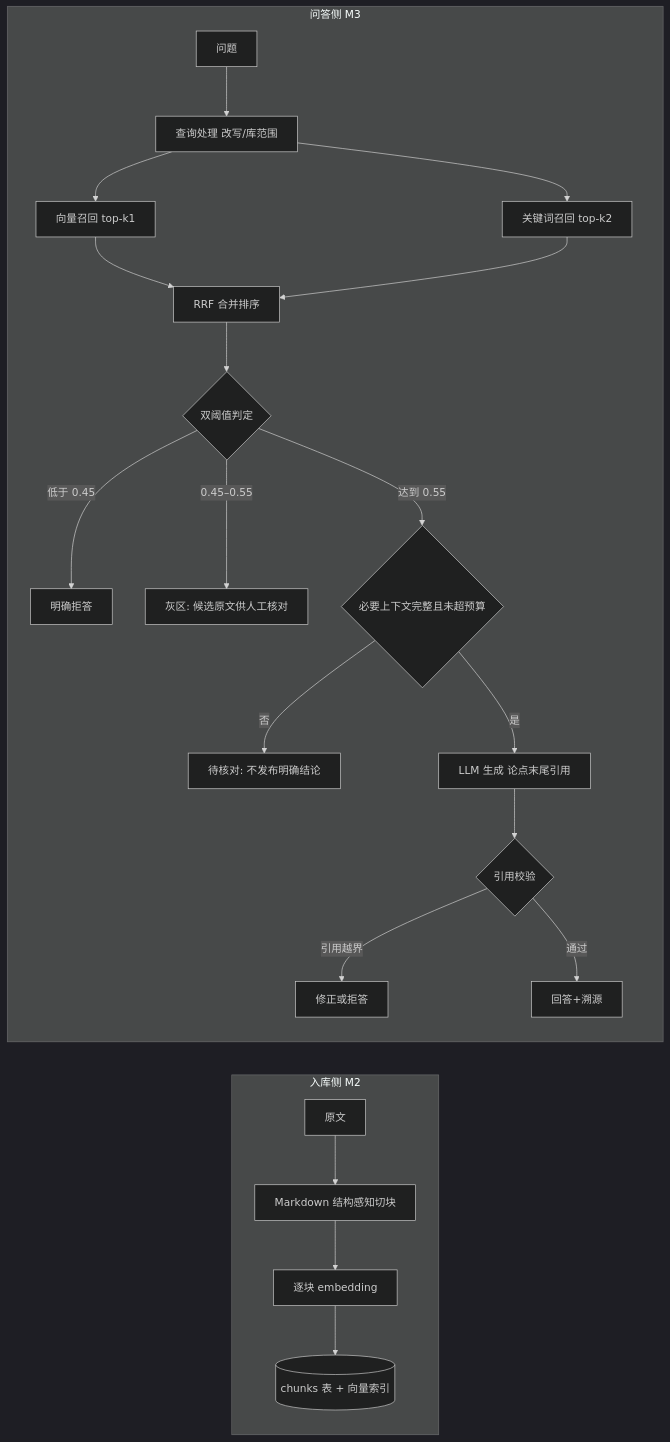
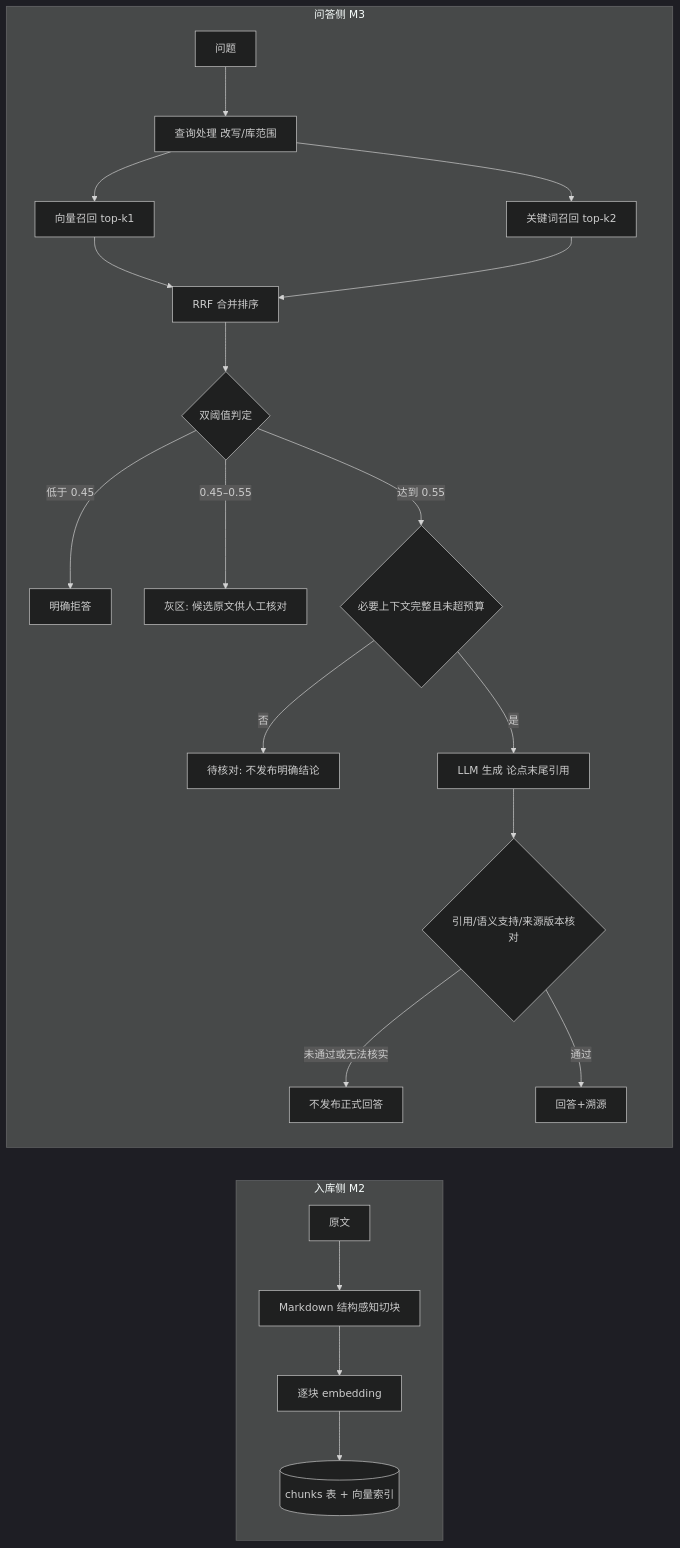
Before and after one commit to One-29/personal-knowledge-base: the diagram in docs/design/04-retrieval.md, drawn with Mermaid (dark theme). The commit also changed other lines of this file and 36 other files, not shown here.

````diff
--- a/docs/design/04-retrieval.md
+++ b/docs/design/04-retrieval.md
@@ -20,24 +20,24 @@
 ```mermaid
 flowchart LR
     subgraph 入库侧 M2
         A[原文] --> B[Markdown 结构感知切块]
         B --> C[逐块 embedding]
         C --> D[(chunks 表 + 向量索引)]
     end
     subgraph 问答侧 M3
         E[问题] --> F[查询处理 改写/库范围]
         F --> G[向量召回 top-k1]
         F --> H[关键词召回 top-k2]
         G --> I[RRF 合并排序]
         H --> I
         I --> J{双阈值判定}
         J -->|低于 0.45| K[明确拒答]
         J -->|0.45–0.55| P[灰区: 候选原文供人工核对]
         J -->|达到 0.55| Q{必要上下文完整且未超预算}
         Q -->|否| R[待核对: 不发布明确结论]
         Q -->|是| L[LLM 生成 论点末尾引用]
-        L --> M{引用校验}
-        M -->|引用越界| N[修正或拒答]
+        L --> M{引用/语义支持/来源版本核对}
+        M -->|未通过或无法核实| N[不发布正式回答]
         M -->|通过| O[回答+溯源]
     end
 ```
````
